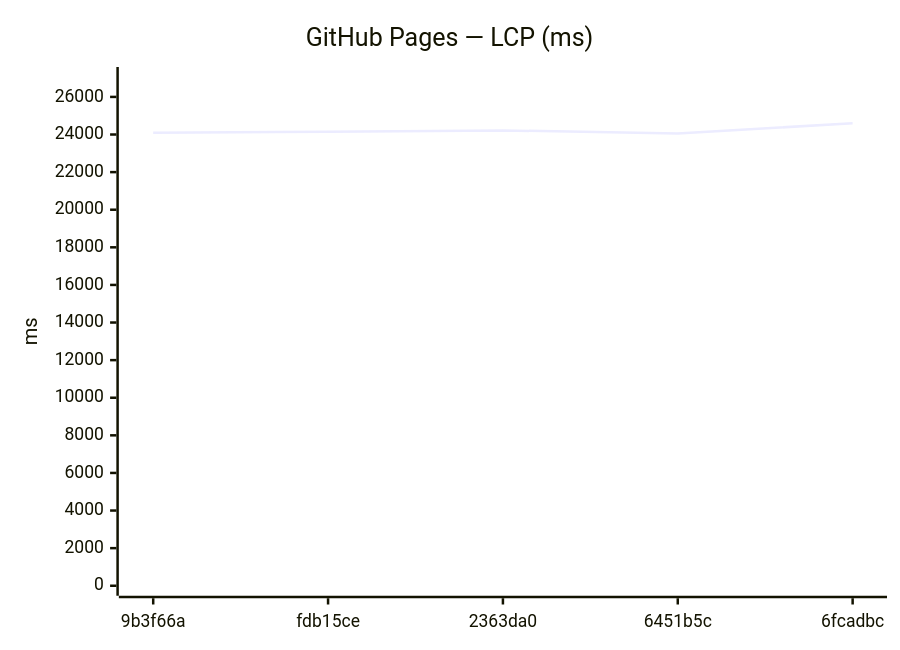
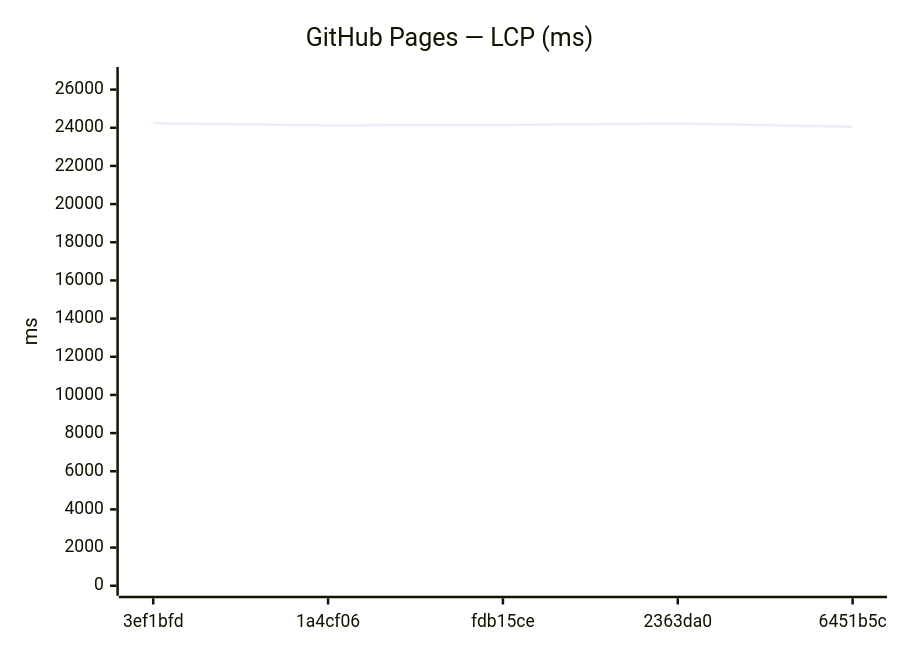
Before and after one commit to Metaheurist/Rianell: the seventh of 12 diagrams in benchmarks/compare.md, drawn with Mermaid. The commit also changed other lines of this file and 8 other files, not shown here.

````diff
--- a/benchmarks/compare.md
+++ b/benchmarks/compare.md
@@ -107,7 +107,7 @@
 ```mermaid
 xychart-beta
     title "GitHub Pages — LCP (ms)"
-    x-axis ["9b3f66a", "fdb15ce", "2363da0", "6451b5c", "6fcadbc"]
-    y-axis "ms" 0 --> 27059
-    line [24100, 24144, 24218, 24056, 24599]
+    x-axis ["3ef1bfd", "1a4cf06", "fdb15ce", "2363da0", "6451b5c"]
+    y-axis "ms" 0 --> 26660
+    line [24236, 24125, 24144, 24218, 24056]
 ```
````
